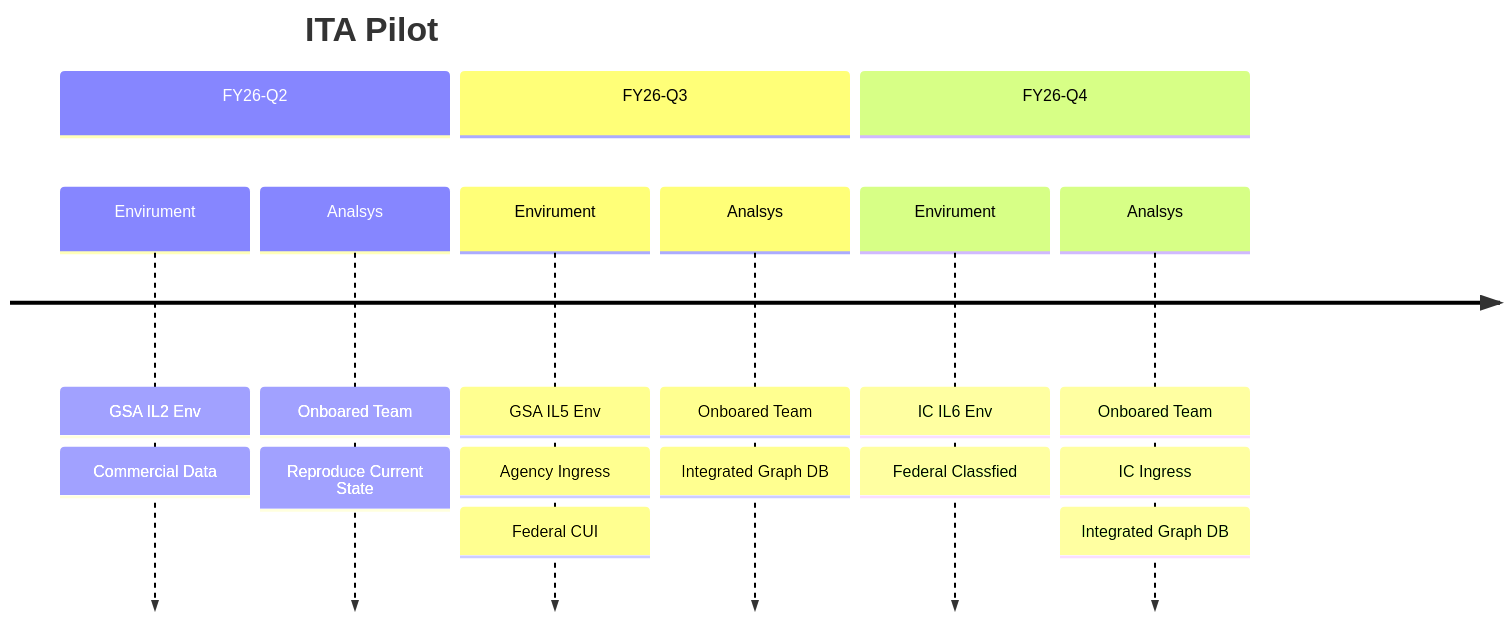
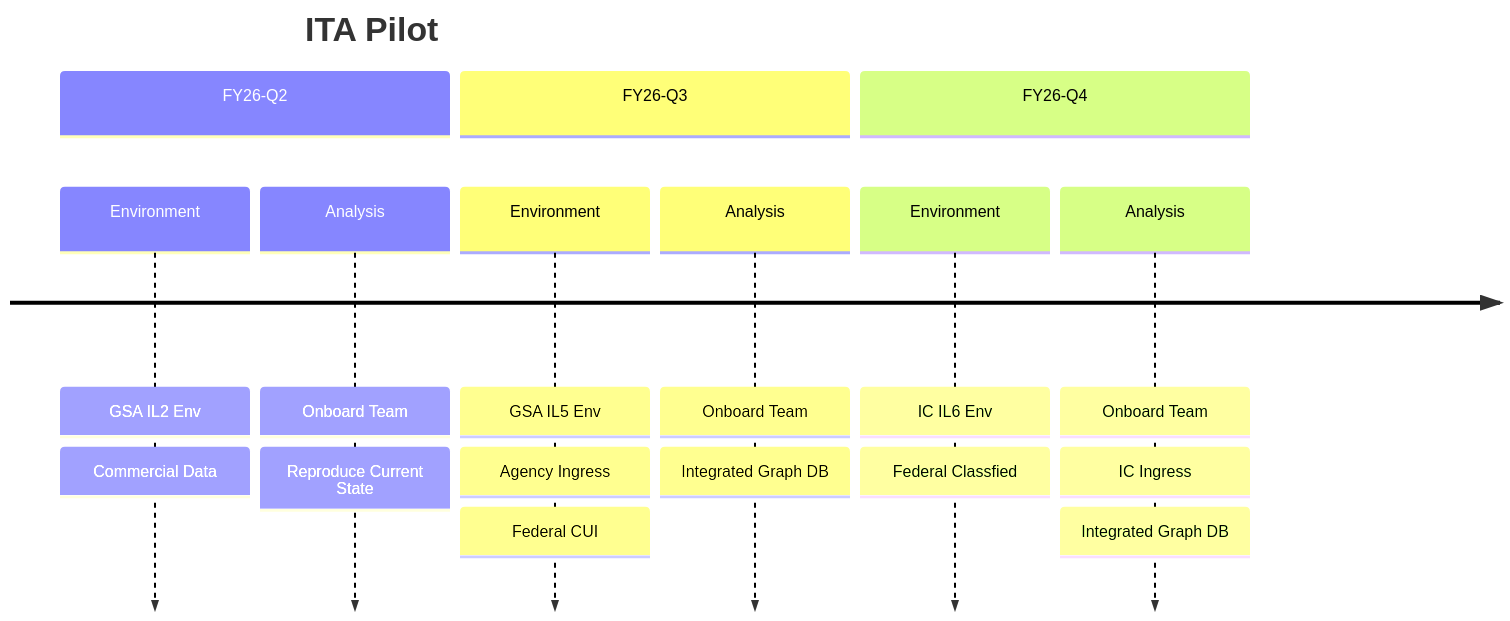
One commit to adam-grandt-tts/white-paper changed the second of 2 diagrams in timeline.md. Above: the diagram before and after it, drawn with Mermaid. The commit also changed other lines of this file, not shown here.

Commit message:
fixed typos
line edits for some typos

````diff
--- a/timeline.md
+++ b/timeline.md
@@ -19,14 +19,14 @@
 ```mermaid 
 timeline
 	title ITA Pilot
 	section FY26-Q2
-		Envirument : GSA IL2 Env : Commercial Data
-		Analsys: Onboared Team : Reproduce Current State
+		Environment : GSA IL2 Env : Commercial Data
+		Analysis: Onboard Team : Reproduce Current State
 	section FY26-Q3
-		Envirument : GSA IL5 Env : Agency Ingress : Federal CUI 
-		Analsys: Onboared Team : Integrated Graph DB
+		Environment : GSA IL5 Env : Agency Ingress : Federal CUI 
+		Analysis: Onboard Team : Integrated Graph DB
 	section FY26-Q4
-		Envirument : IC IL6 Env : Federal Classfied
-		Analsys: Onboared Team : IC Ingress : Integrated Graph DB
+		Environment : IC IL6 Env : Federal Classfied
+		Analysis: Onboard Team : IC Ingress : Integrated Graph DB
 	
 ```
````
